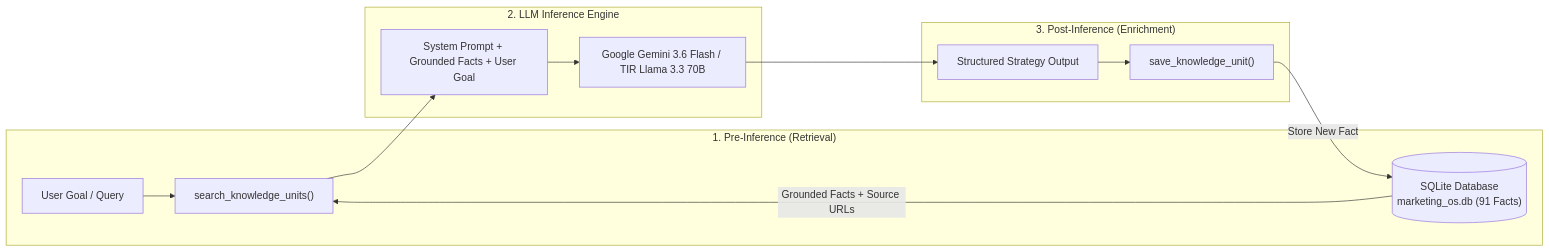
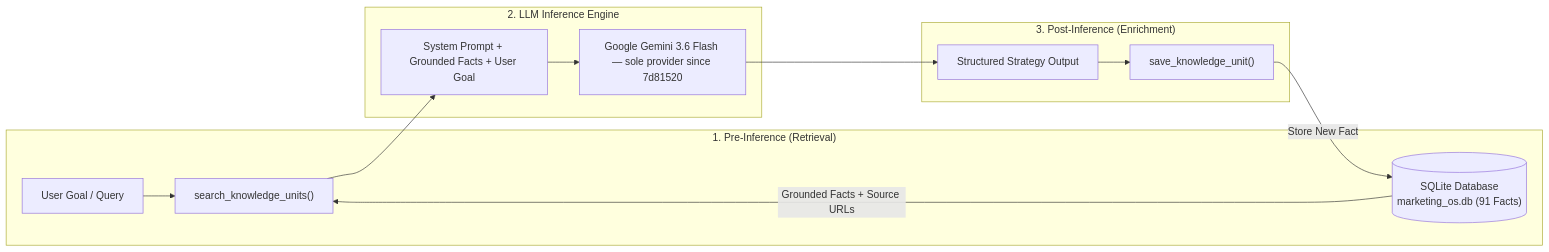
The second of 11 diagrams in docs/design_doc.md (namm9an/Marketing-OS), drawn with Mermaid before and after one commit. The commit also changed other lines of this file and 12 other files, not shown here.

````diff
--- a/docs/design_doc.md
+++ b/docs/design_doc.md
@@ -73,18 +73,18 @@
 ```mermaid
 flowchart LR
     subgraph PreInference ["1. Pre-Inference (Retrieval)"]
         UserGoal["User Goal / Query"] --> Search["search_knowledge_units()"]
         DB[("SQLite Database\nmarketing_os.db (91 Facts)")] -->|Grounded Facts + Source URLs| Search
     end
 
     subgraph LLM ["2. LLM Inference Engine"]
         Search --> Prompt["System Prompt + Grounded Facts + User Goal"]
-        Prompt --> Gemini["Google Gemini 3.6 Flash / TIR Llama 3.3 70B"]
+        Prompt --> Gemini["Google Gemini 3.6 Flash — sole provider since 7d81520"]
     end
 
     subgraph PostInference ["3. Post-Inference (Enrichment)"]
         Gemini --> Output["Structured Strategy Output"]
         Output --> Enrich["save_knowledge_unit()"]
         Enrich -->|Store New Fact| DB
     end
 ```
````
